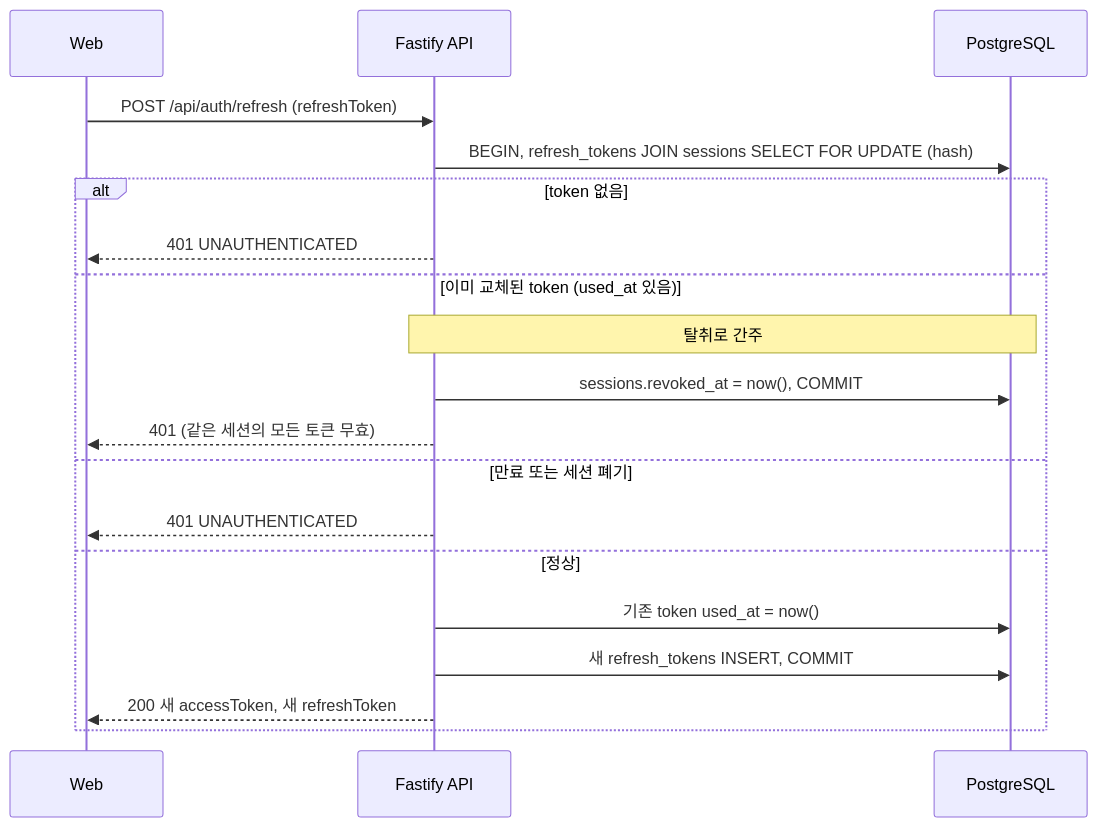
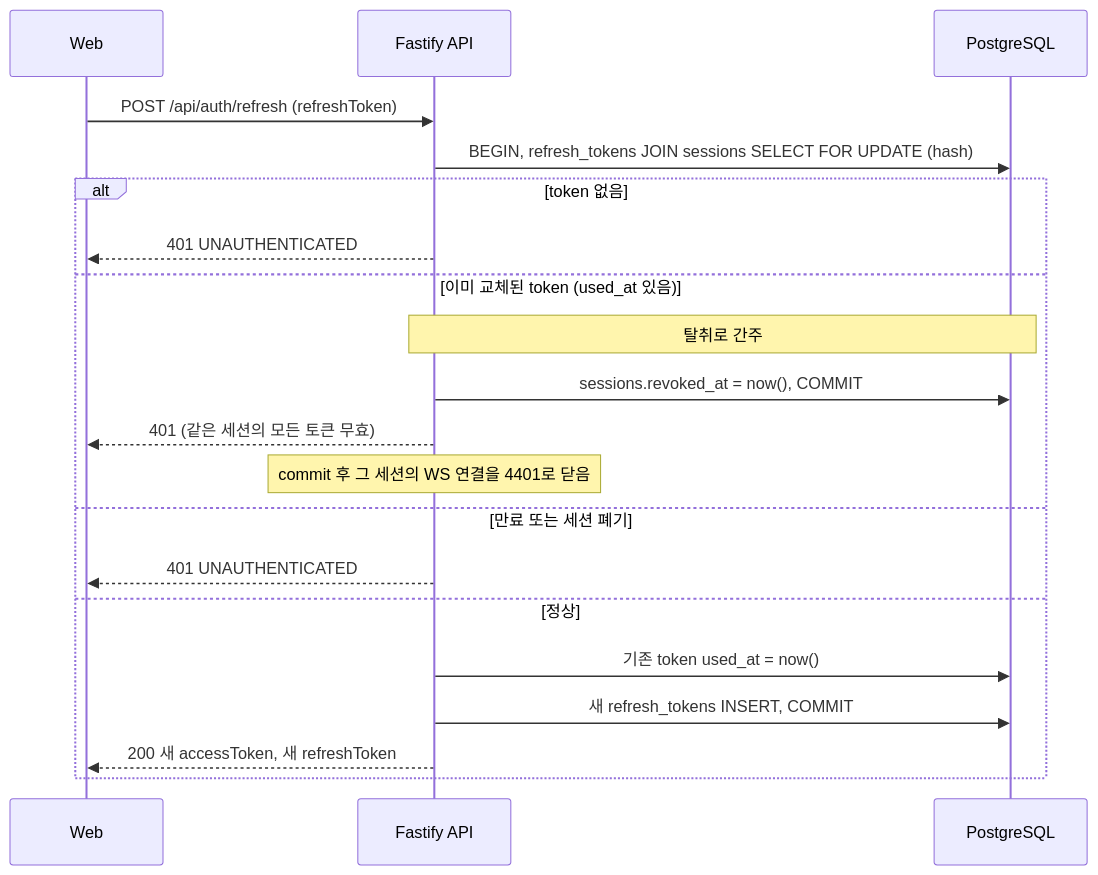
Before and after one commit to EscapeFromGyeongsan/ft_transcendence: diagram 11 of 49 in Document/SDS.md, drawn with Mermaid. The commit also changed other lines of this file and 3 other files, not shown here.

````diff
--- a/Document/SDS.md
+++ b/Document/SDS.md
@@ -772,22 +774,23 @@
 ```mermaid
 sequenceDiagram
     participant W as Web
     participant A as Fastify API
     participant DB as PostgreSQL
 
     W->>A: POST /api/auth/refresh (refreshToken)
     A->>DB: BEGIN, refresh_tokens JOIN sessions SELECT FOR UPDATE (hash)
     alt token 없음
         A-->>W: 401 UNAUTHENTICATED
     else 이미 교체된 token (used_at 있음)
         Note over A,DB: 탈취로 간주
         A->>DB: sessions.revoked_at = now(), COMMIT
         A-->>W: 401 (같은 세션의 모든 토큰 무효)
+        Note over A: commit 후 그 세션의 WS 연결을 4401로 닫음
     else 만료 또는 세션 폐기
         A-->>W: 401 UNAUTHENTICATED
     else 정상
         A->>DB: 기존 token used_at = now()
         A->>DB: 새 refresh_tokens INSERT, COMMIT
         A-->>W: 200 새 accessToken, 새 refreshToken
     end
 ```
````
